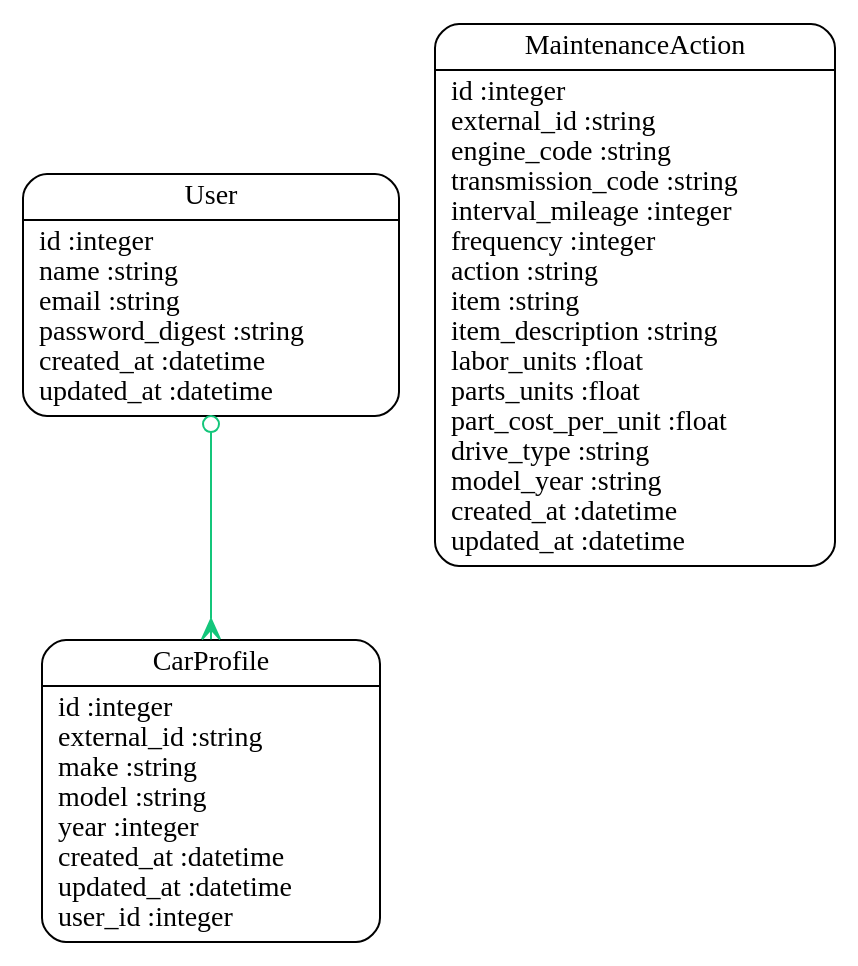
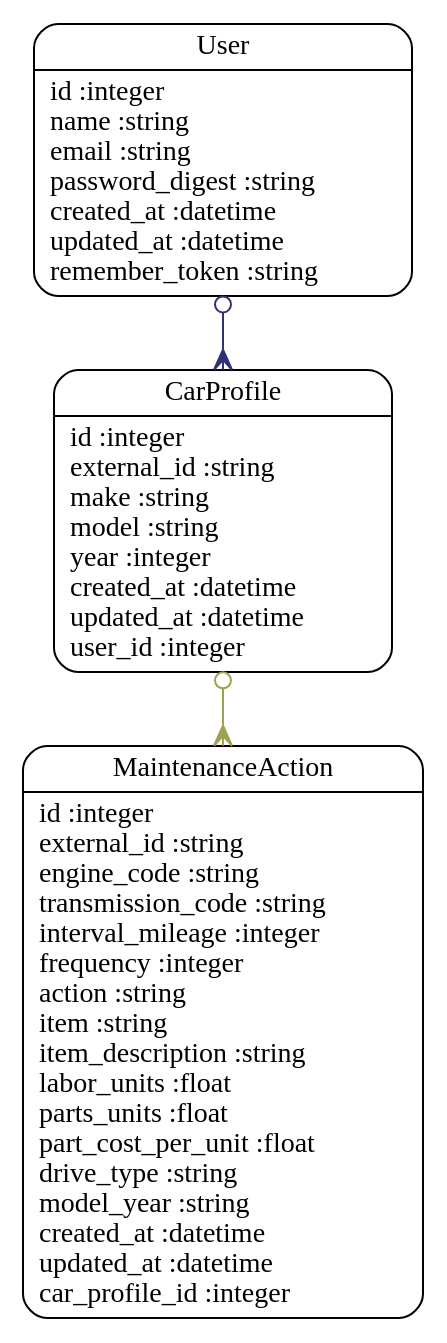
Before and after one commit to glawson6/carmanate: the diagram in models.dot, drawn with Graphviz. The commit also changed 19 other files, not shown here.

Commit message:
Added column name and unique index to car_profile

```diff
--- a/models.dot
+++ b/models.dot
@@ -1,7 +1,8 @@
 digraph models_diagram {
 	graph[overlap=false, splines=true]
 	"CarProfile" [shape=Mrecord, label="{CarProfile|id :integer\lexternal_id :string\lmake :string\lmodel :string\lyear :integer\lcreated_at :datetime\lupdated_at :datetime\luser_id :integer\l}"]
-	"MaintenanceAction" [shape=Mrecord, label="{MaintenanceAction|id :integer\lexternal_id :string\lengine_code :string\ltransmission_code :string\linterval_mileage :integer\lfrequency :integer\laction :string\litem :string\litem_description :string\llabor_units :float\lparts_units :float\lpart_cost_per_unit :float\ldrive_type :string\lmodel_year :string\lcreated_at :datetime\lupdated_at :datetime\l}"]
-	"User" [shape=Mrecord, label="{User|id :integer\lname :string\lemail :string\lpassword_digest :string\lcreated_at :datetime\lupdated_at :datetime\l}"]
-	"User" -> "CarProfile" [arrowtail=odot, arrowhead=crow, dir=both color="#14C67B"]
+	"MaintenanceAction" [shape=Mrecord, label="{MaintenanceAction|id :integer\lexternal_id :string\lengine_code :string\ltransmission_code :string\linterval_mileage :integer\lfrequency :integer\laction :string\litem :string\litem_description :string\llabor_units :float\lparts_units :float\lpart_cost_per_unit :float\ldrive_type :string\lmodel_year :string\lcreated_at :datetime\lupdated_at :datetime\lcar_profile_id :integer\l}"]
+	"User" [shape=Mrecord, label="{User|id :integer\lname :string\lemail :string\lpassword_digest :string\lcreated_at :datetime\lupdated_at :datetime\lremember_token :string\l}"]
+	"CarProfile" -> "MaintenanceAction" [arrowtail=odot, arrowhead=crow, dir=both color="#9EA151"]
+	"User" -> "CarProfile" [arrowtail=odot, arrowhead=crow, dir=both color="#313273"]
 }
```
